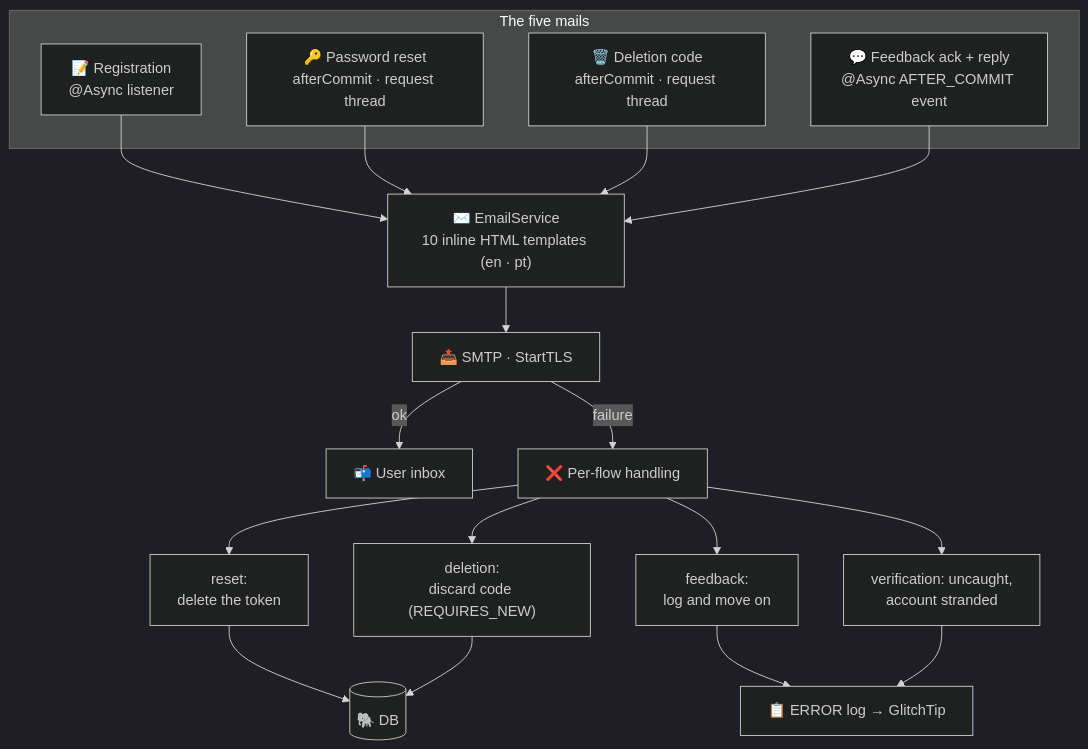
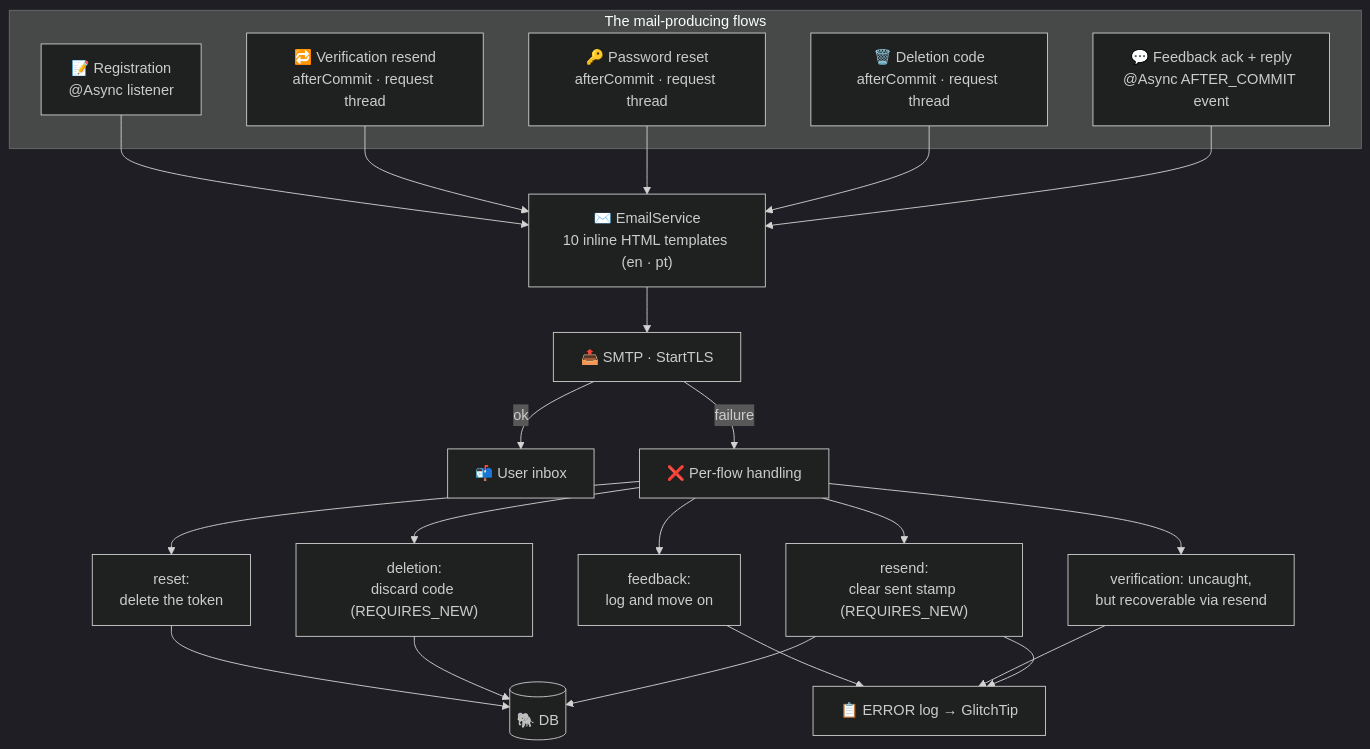
Before and after one commit to AndDev741/Beyou-arch-design: the diagram in architecture/email-service/diagram.mmd, drawn with Mermaid (dark theme). The commit also changed 11 other files, not shown here.

```diff
--- a/architecture/email-service/diagram.mmd
+++ b/architecture/email-service/diagram.mmd
@@ -1,27 +1,32 @@
 flowchart TD
-  subgraph mails["The five mails"]
+  subgraph mails["The mail-producing flows"]
     REG["📝 Registration<br/>@Async listener"]
+    RSV["🔁 Verification resend<br/>afterCommit · request thread"]
     PR["🔑 Password reset<br/>afterCommit · request thread"]
     DEL["🗑️ Deletion code<br/>afterCommit · request thread"]
     FB["💬 Feedback ack + reply<br/>@Async AFTER_COMMIT event"]
   end
 
   ES["✉️ EmailService<br/>10 inline HTML templates (en · pt)"]
   REG --> ES
+  RSV --> ES
   PR --> ES
   DEL --> ES
   FB --> ES
 
   ES --> SMTP["📤 SMTP · StartTLS"]
   SMTP -->|"ok"| INBOX["📬 User inbox"]
   SMTP -->|"failure"| FAIL["❌ Per-flow handling"]
 
   FAIL --> F1["reset:<br/>delete the token"]
   FAIL --> F2["deletion:<br/>discard code (REQUIRES_NEW)"]
   FAIL --> F3["feedback:<br/>log and move on"]
-  FAIL --> F4["verification: uncaught,<br/>account stranded"]
+  FAIL --> F4["verification: uncaught,<br/>but recoverable via resend"]
+  FAIL --> F5["resend:<br/>clear sent stamp (REQUIRES_NEW)"]
 
   F1 --> DB[("🐘 DB")]
   F2 --> DB
   F3 --> LOG["📋 ERROR log → GlitchTip"]
   F4 --> LOG
+  F5 --> DB
+  F5 --> LOG
```
